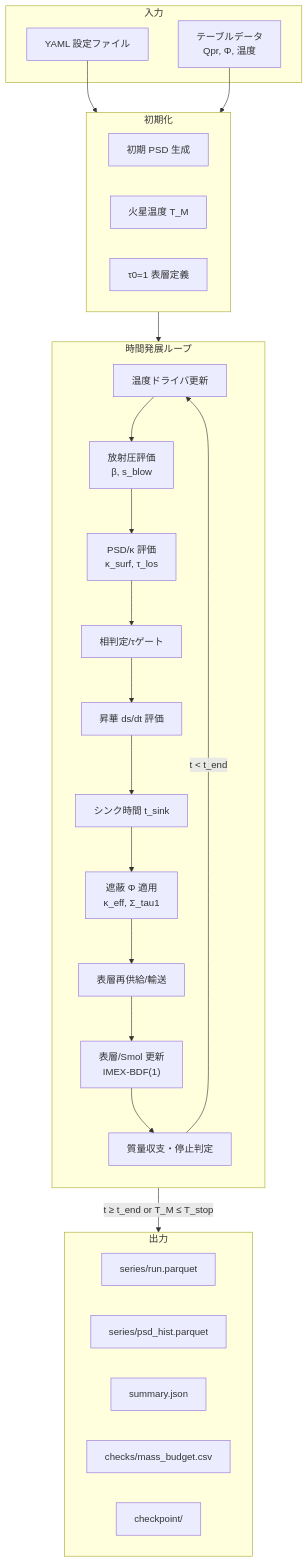
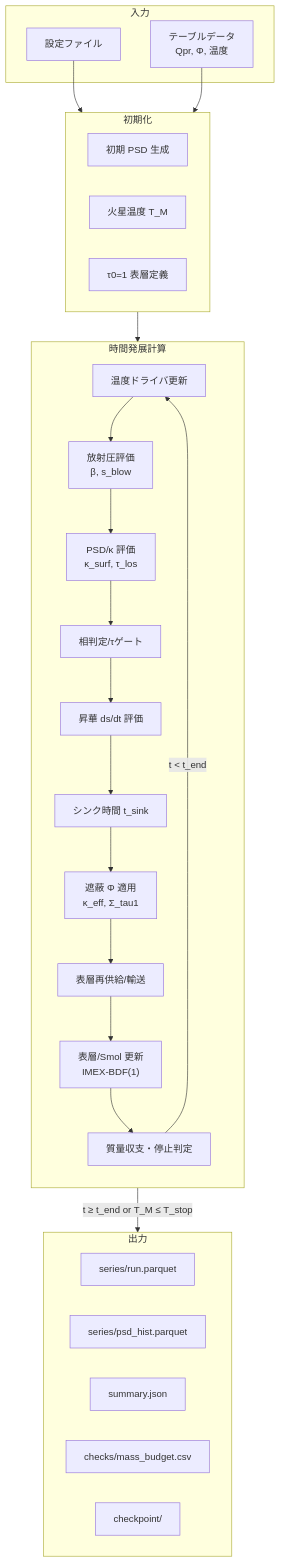
Before and after one commit to Einfeld686/MarsDiskSimulation: the first of 8 diagrams in analysis/thesis_sections/02_methods/00_ch01_purpose_outputs.md, drawn with Mermaid. The commit also changed other lines of this file and 11 other files, not shown here.

````diff
--- a/analysis/thesis_sections/02_methods/00_ch01_purpose_outputs.md
+++ b/analysis/thesis_sections/02_methods/00_ch01_purpose_outputs.md
@@ -119,42 +124,42 @@
 ```mermaid
 flowchart TB
     subgraph INPUT["入力"]
-        CONFIG["YAML 設定ファイル"]
+        CONFIG["設定ファイル"]
         TABLES["テーブルデータ<br/>Qpr, Φ, 温度"]
     end
 
     subgraph INIT["初期化"]
         PSD0["初期 PSD 生成"]
         TEMP0["火星温度 T_M"]
         TAU1["τ0=1 表層定義"]
     end
 
-    subgraph LOOP["時間発展ループ"]
+    subgraph LOOP["時間発展計算"]
         direction TB
         DRIVER["温度ドライバ更新"]
         RAD["放射圧評価<br/>β, s_blow"]
         PSDSTEP["PSD/κ 評価<br/>κ_surf, τ_los"]
         PHASE["相判定/τゲート"]
         SUBL["昇華 ds/dt 評価"]
         SINKTIME["シンク時間 t_sink"]
         SHIELD["遮蔽 Φ 適用<br/>κ_eff, Σ_tau1"]
         SUPPLY["表層再供給/輸送"]
         EVOLVE["表層/Smol 更新<br/>IMEX-BDF(1)"]
         CHECK["質量収支・停止判定"]
     end
 
     subgraph OUTPUT["出力"]
         SERIES["series/run.parquet"]
         PSDHIST["series/psd_hist.parquet"]
         SUMMARY["summary.json"]
         BUDGET["checks/mass_budget.csv"]
         CKPT["checkpoint/"]
     end
 
     CONFIG --> INIT
     TABLES --> INIT
     INIT --> LOOP
     DRIVER --> RAD --> PSDSTEP --> PHASE --> SUBL --> SINKTIME --> SHIELD --> SUPPLY --> EVOLVE --> CHECK
     CHECK -->|"t < t_end"| DRIVER
     CHECK -->|"t ≥ t_end or T_M ≤ T_stop"| OUTPUT
 ```
````
